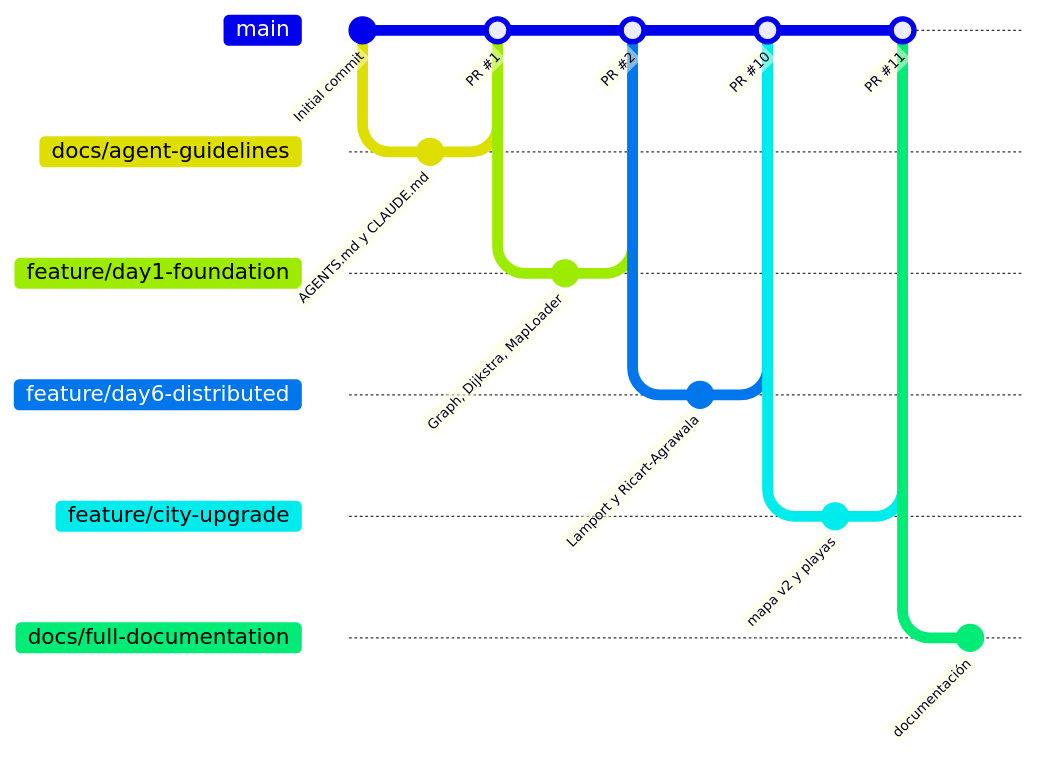
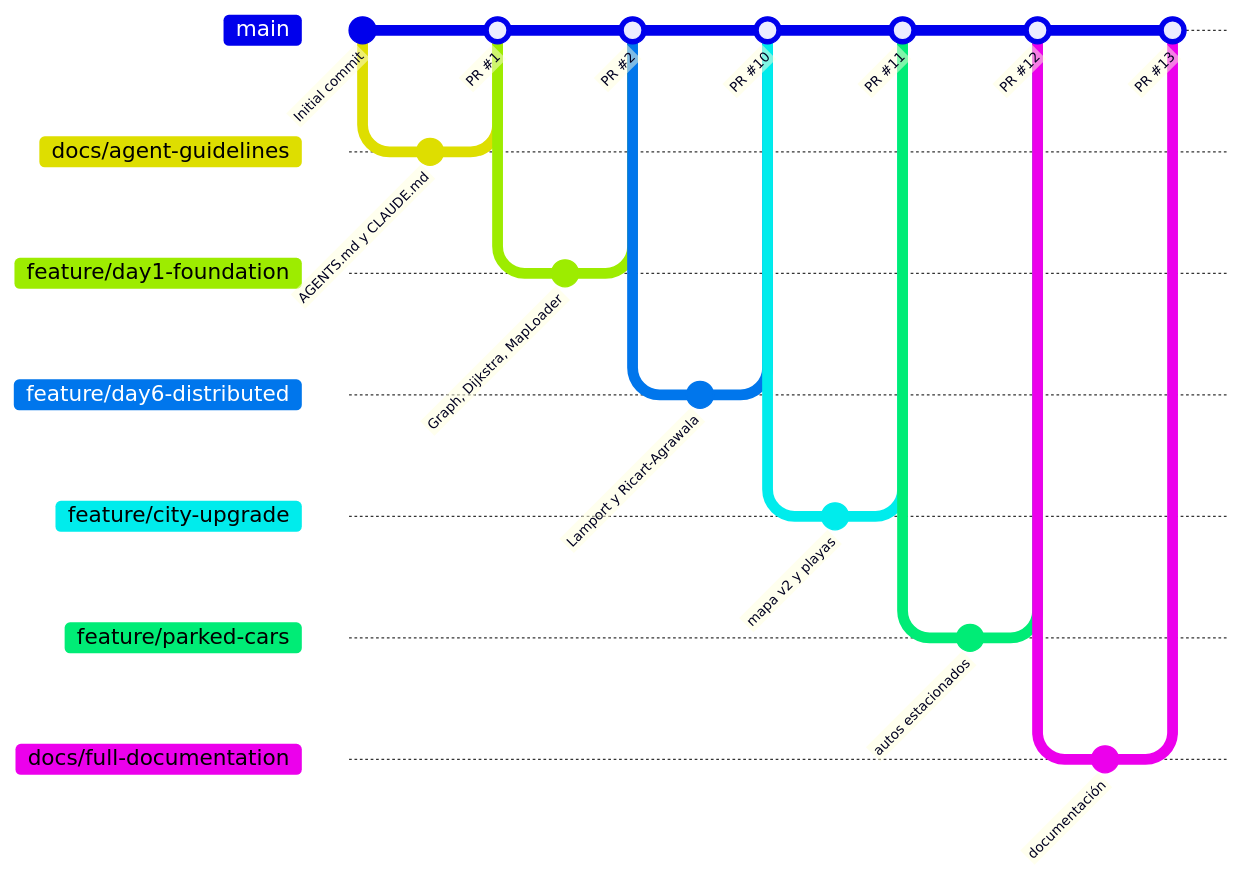
One commit to SteveArms/astra-traffic-simulator changed the diagram in docs/contribuir.md. Above: the diagram before and after it, drawn with Mermaid. The commit also changed other lines of this file, not shown here.

Commit message:
docs(contribuir): agrega los PR #12 y #13 al flujo Git

````diff
--- a/docs/contribuir.md
+++ b/docs/contribuir.md
@@ -9,22 +9,28 @@
 ```mermaid
 gitGraph
     commit id: "Initial commit"
     branch docs/agent-guidelines
     commit id: "AGENTS.md y CLAUDE.md"
     checkout main
     merge docs/agent-guidelines id: "PR #1"
     branch feature/day1-foundation
     commit id: "Graph, Dijkstra, MapLoader"
     checkout main
     merge feature/day1-foundation id: "PR #2"
     branch feature/day6-distributed
     commit id: "Lamport y Ricart-Agrawala"
     checkout main
     merge feature/day6-distributed id: "PR #10"
     branch feature/city-upgrade
     commit id: "mapa v2 y playas"
     checkout main
     merge feature/city-upgrade id: "PR #11"
+    branch feature/parked-cars
+    commit id: "autos estacionados"
+    checkout main
+    merge feature/parked-cars id: "PR #12"
     branch docs/full-documentation
     commit id: "documentación"
+    checkout main
+    merge docs/full-documentation id: "PR #13"
 ```
````
